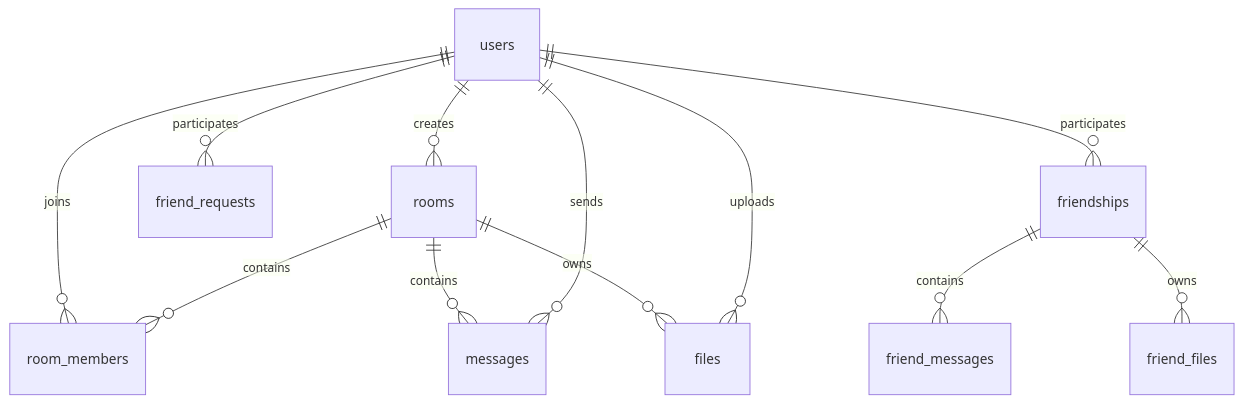
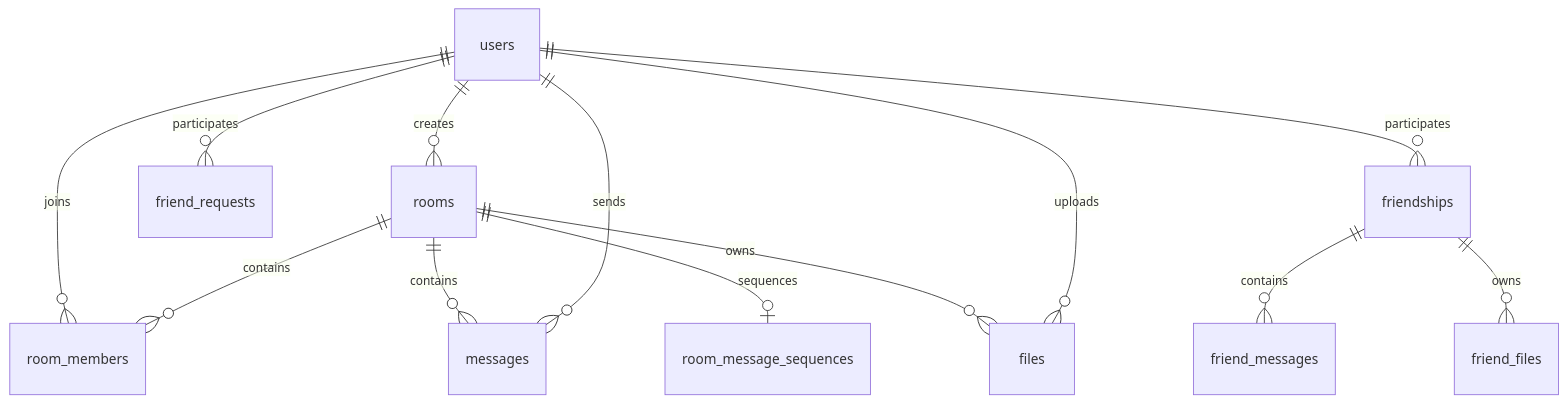
One commit to fallingnight131/ChatRoom changed the diagram in docs/data/V1_SQLITE_SCHEMA.md. Above: the diagram before and after it, drawn with Mermaid. The commit also changed other lines of this file and 31 other files, not shown here.

Commit message:
feat(m1): make room message retries idempotent

````diff
--- a/docs/data/V1_SQLITE_SCHEMA.md
+++ b/docs/data/V1_SQLITE_SCHEMA.md
@@ -126,14 +139,15 @@
 ```mermaid
 erDiagram
     users ||--o{ rooms : creates
     users ||--o{ room_members : joins
     rooms ||--o{ room_members : contains
     rooms ||--o{ messages : contains
+    rooms ||--o| room_message_sequences : sequences
     users ||--o{ messages : sends
     rooms ||--o{ files : owns
     users ||--o{ files : uploads
     users ||--o{ friend_requests : participates
     users ||--o{ friendships : participates
     friendships ||--o{ friend_messages : contains
     friendships ||--o{ friend_files : owns
 ```
````
